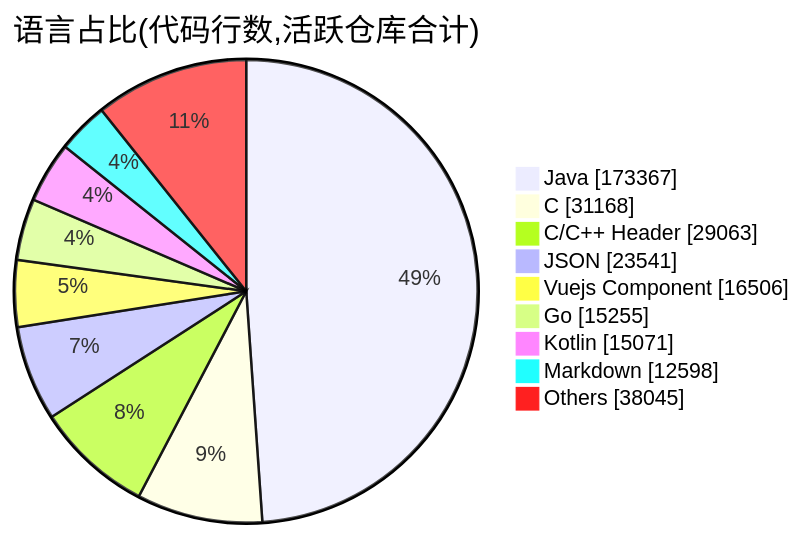
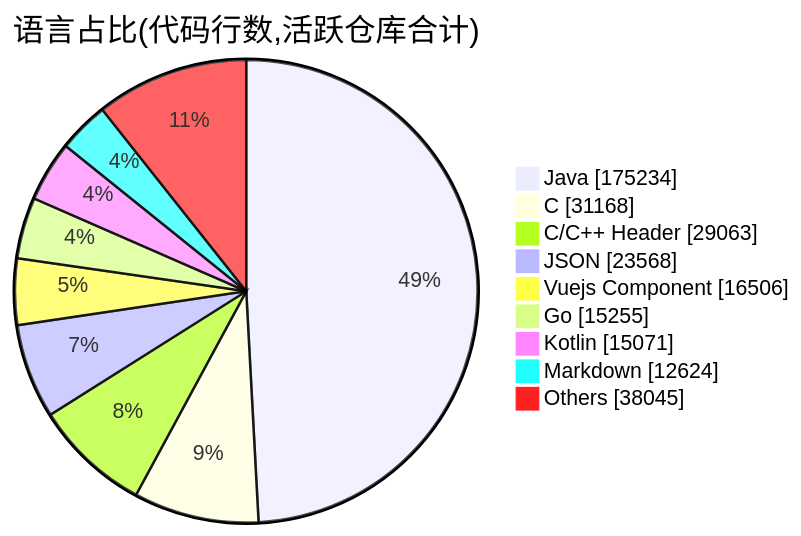
Before and after one commit to Conflux-Union/.github: the second of 2 diagrams in profile/README.md, drawn with Mermaid. The commit also changed other lines of this file and 1 other file, not shown here.

````diff
--- a/profile/README.md
+++ b/profile/README.md
@@ -80,13 +80,13 @@
 ```mermaid
 pie showData
     title 语言占比(代码行数,活跃仓库合计)
-    "Java" : 173367
+    "Java" : 175234
     "C" : 31168
     "C/C++ Header" : 29063
-    "JSON" : 23541
+    "JSON" : 23568
     "Vuejs Component" : 16506
     "Go" : 15255
     "Kotlin" : 15071
-    "Markdown" : 12598
+    "Markdown" : 12624
     "Others" : 38045
 ```
````
